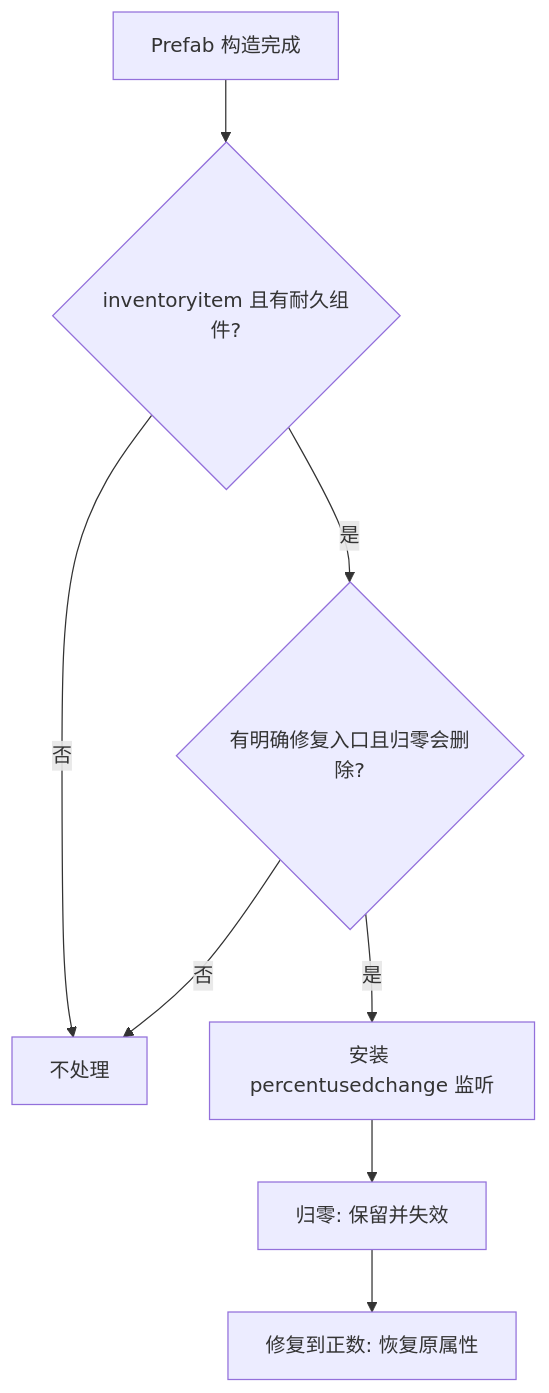
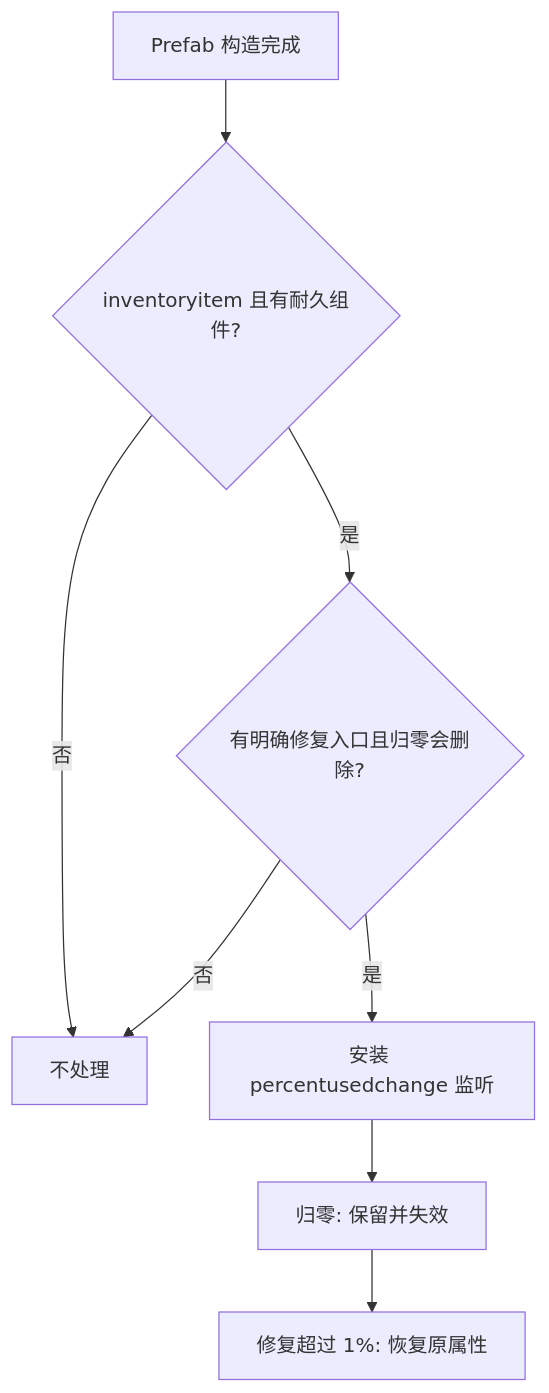
One commit to jimuyang/dst-mod changed the diagram in no-break-repairables/doc/research.md. Above: the diagram before and after it, drawn with Mermaid. The commit also changed other lines of this file and 6 other files, not shown here.

````diff
--- a/no-break-repairables/doc/research.md
+++ b/no-break-repairables/doc/research.md
@@ -35,10 +35,10 @@
 ```mermaid
 flowchart TD
     A[Prefab 构造完成] --> B{inventoryitem 且有耐久组件?}
     B -- 否 --> X[不处理]
     B -- 是 --> C{有明确修复入口且归零会删除?}
     C -- 否 --> X
     C -- 是 --> D[安装 percentusedchange 监听]
     D --> E[归零: 保留并失效]
-    E --> F[修复到正数: 恢复原属性]
+    E --> F[修复超过 1%: 恢复原属性]
 ```
````
